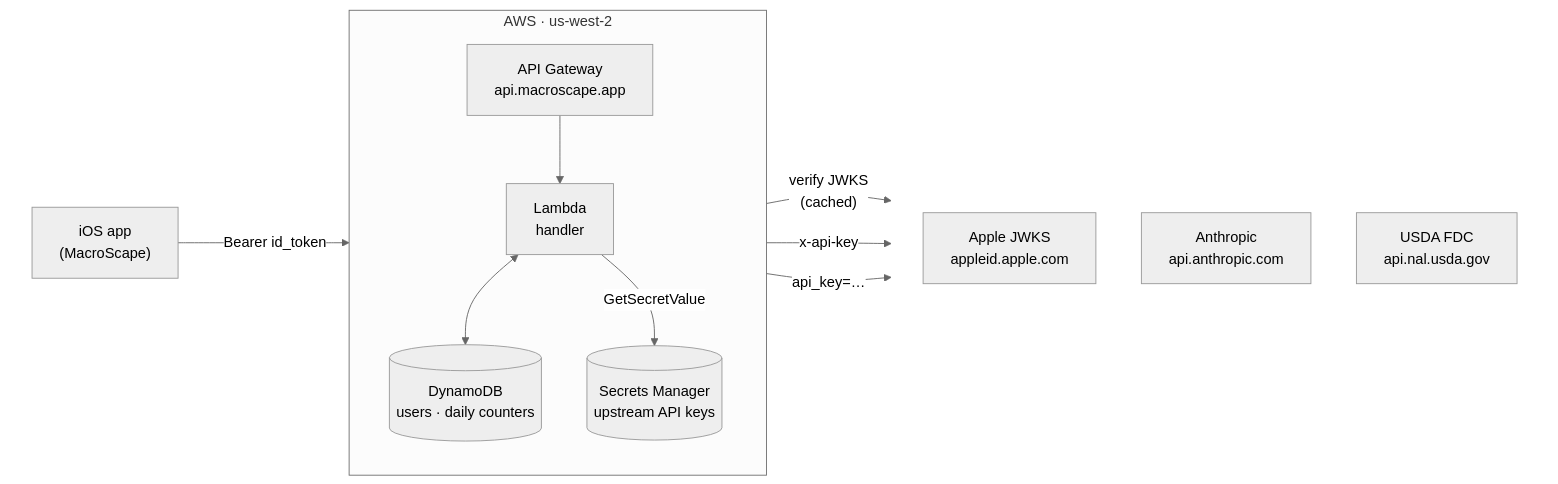
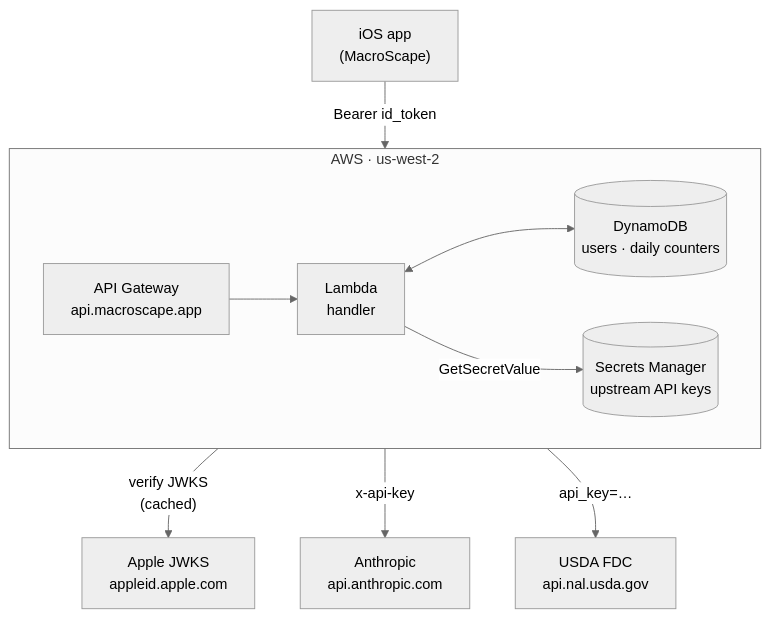
One commit to steveboyer/macroscape-proxy changed the diagram in README.md. Above: the diagram before and after it, drawn with Mermaid (neutral theme).

Commit message:
MSP025: switch Mermaid to TD layout for cleaner request-path flow
The LR layout (with TB inside the AWS subgraph) left lots of
dead space and routed long curved edges around the AWS box.

TD overall + LR inside AWS reads as the actual request path:

  iOS (top)
    ↓ Bearer id_token
  AWS box (middle): APIGW → Lambda ↔ DDB, Lambda → Secrets
    ↓ (3 external calls)
  Apple JWKS / Anthropic / USDA (bottom)

Also dropped the transparent Client/External wrapper subgraphs
— TD layout doesn't need padding tricks; the leftmost node sits
naturally inside the markdown column.

````diff
--- a/README.md
+++ b/README.md
@@ -11,32 +11,20 @@
 ```mermaid
-flowchart LR
-    subgraph Client[" "]
-        iOS["iOS app<br/>(MacroScape)"]
+flowchart TD
+    iOS["iOS app<br/>(MacroScape)"]
+
+    subgraph AWS["AWS · us-west-2"]
+        direction LR
+        APIGW["API Gateway<br/>api.macroscape.app"] --> Lambda["Lambda<br/>handler"]
+        Lambda <--> DDB[("DynamoDB<br/>users · daily counters")]
+        Lambda -- "GetSecretValue" --> Secrets[("Secrets Manager<br/>upstream API keys")]
     end
 
-    subgraph AWS["AWS · us-west-2"]
-        direction TB
-        APIGW["API Gateway<br/>api.macroscape.app"]
-        Lambda["Lambda<br/>handler"]
-        DDB[("DynamoDB<br/>users · daily counters")]
-        Secrets[("Secrets Manager<br/>upstream API keys")]
-        APIGW --> Lambda
-        Lambda <--> DDB
-        Lambda -- "GetSecretValue" --> Secrets
-    end
-
-    subgraph External[" "]
-        direction TB
-        Apple["Apple JWKS<br/>appleid.apple.com"]
-        Anthropic["Anthropic<br/>api.anthropic.com"]
-        USDA["USDA FDC<br/>api.nal.usda.gov"]
-    end
+    Apple["Apple JWKS<br/>appleid.apple.com"]
+    Anthropic["Anthropic<br/>api.anthropic.com"]
+    USDA["USDA FDC<br/>api.nal.usda.gov"]
 
     iOS -- "Bearer id_token" --> APIGW
     Lambda -- "verify JWKS<br/>(cached)" --> Apple
     Lambda -- "x-api-key" --> Anthropic
     Lambda -- "api_key=…" --> USDA
-
-    style Client fill:transparent,stroke:transparent
-    style External fill:transparent,stroke:transparent
 ```
````
